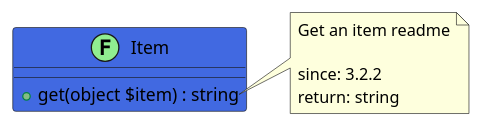
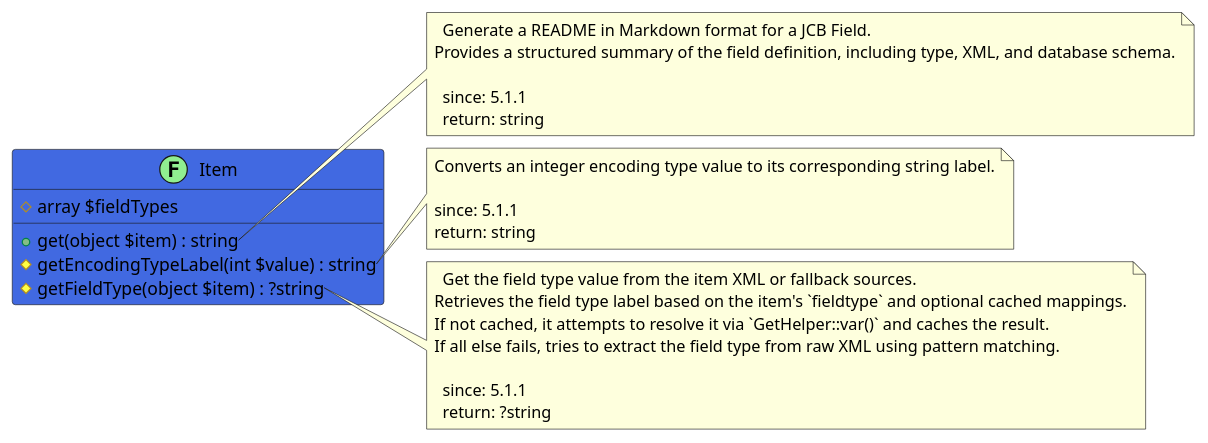
Before and after one commit to joomengine/jcb-packager: the diagram in src/c315c264-0a94-4a06-98e4-3acdf11ac7f5/README.md, drawn with PlantUML. The commit also changed other lines of this file and 498 other files, not shown here.

````diff
--- a/src/c315c264-0a94-4a06-98e4-3acdf11ac7f5/README.md
+++ b/src/c315c264-0a94-4a06-98e4-3acdf11ac7f5/README.md
@@ -12,15 +5,37 @@
 ```uml
 @startuml
+
 class Item << (F,LightGreen) >> #RoyalBlue {
+  # array $fieldTypes
   + get(object $item) : string
+  # getEncodingTypeLabel(int $value) : string
+  # getFieldType(object $item) : ?string
 }
 
 note right of Item::get
-  Get an item readme
+  Generate a README in Markdown format for a JCB Field.
+Provides a structured summary of the field definition, including type, XML, and database schema.
 
-  since: 3.2.2
+  since: 5.1.1
   return: string
 end note
- 
+
+note right of Item::getEncodingTypeLabel
+  Converts an integer encoding type value to its corresponding string label.
+
+  since: 5.1.1
+  return: string
+end note
+
+note right of Item::getFieldType
+  Get the field type value from the item XML or fallback sources.
+Retrieves the field type label based on the item's `fieldtype` and optional cached mappings.
+If not cached, it attempts to resolve it via `GetHelper::var()` and caches the result.
+If all else fails, tries to extract the field type from raw XML using pattern matching.
+
+  since: 5.1.1
+  return: ?string
+end note
+
 @enduml
 ```
````
